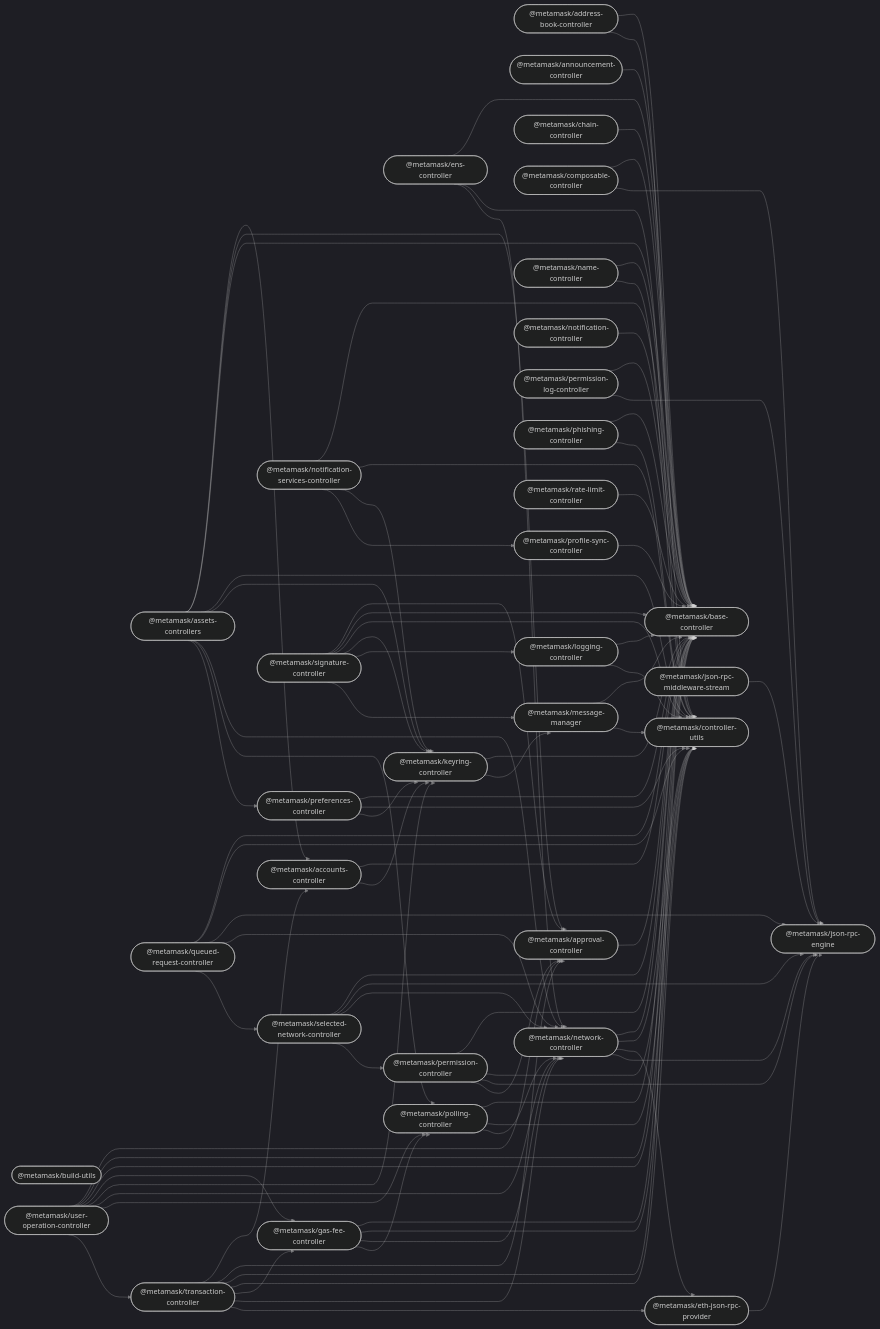
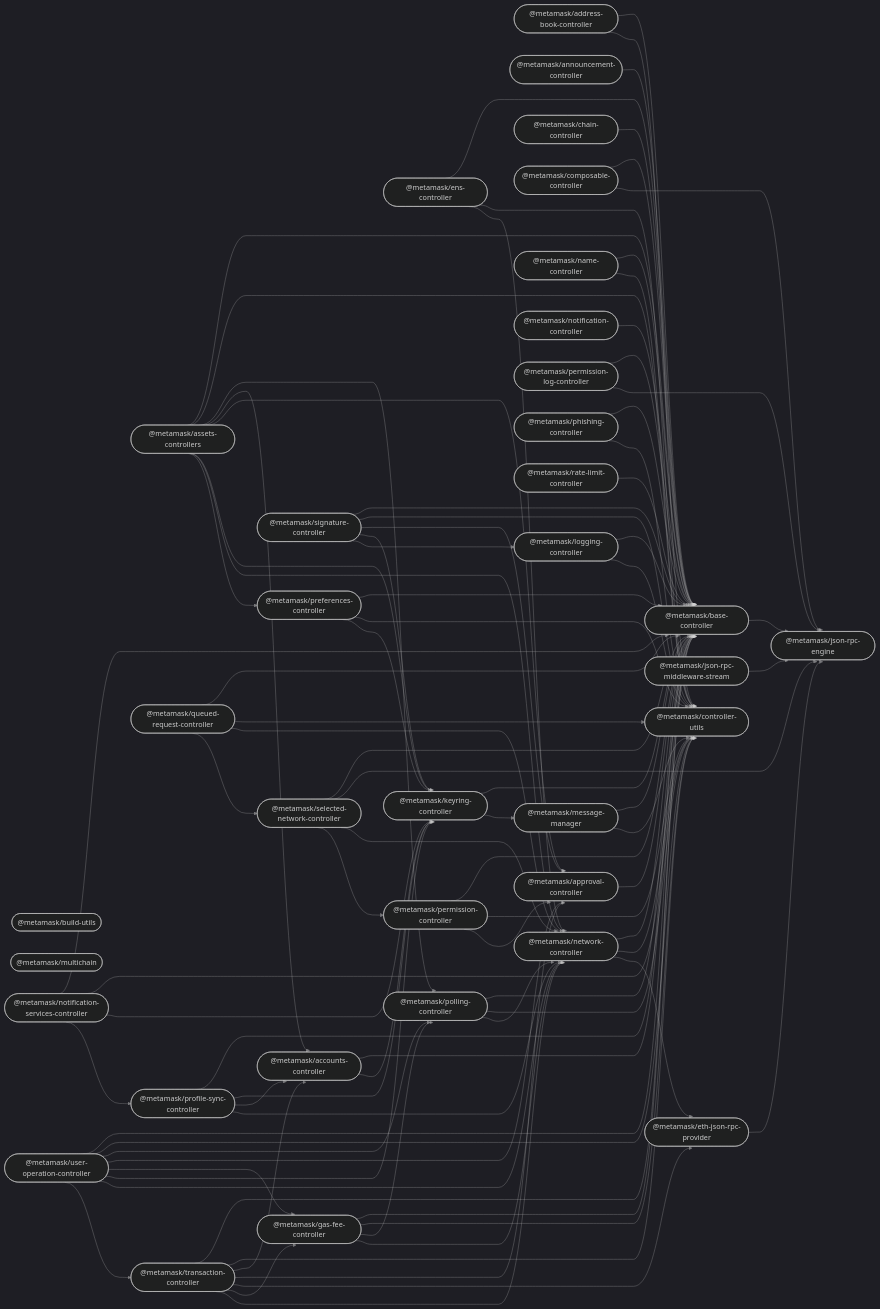
Before and after one commit to MetaMask/core: the diagram in README.md, drawn with Mermaid (dark theme). The commit also changed other lines of this file and 13 other files, not shown here.

````diff
--- a/README.md
+++ b/README.md
@@ -71,6 +72,7 @@
   keyring_controller(["@metamask/keyring-controller"]);
   logging_controller(["@metamask/logging-controller"]);
   message_manager(["@metamask/message-manager"]);
+  multichain(["@metamask/multichain"]);
   name_controller(["@metamask/name-controller"]);
   network_controller(["@metamask/network-controller"]);
   notification_controller(["@metamask/notification-controller"]);
@@ -93,14 +95,15 @@
   address_book_controller --> controller_utils;
   announcement_controller --> base_controller;
   approval_controller --> base_controller;
+  assets_controllers --> base_controller;
+  assets_controllers --> controller_utils;
+  assets_controllers --> polling_controller;
   assets_controllers --> accounts_controller;
   assets_controllers --> approval_controller;
-  assets_controllers --> base_controller;
-  assets_controllers --> controller_utils;
   assets_controllers --> keyring_controller;
   assets_controllers --> network_controller;
-  assets_controllers --> polling_controller;
   assets_controllers --> preferences_controller;
+  base_controller --> json_rpc_engine;
   chain_controller --> base_controller;
   composable_controller --> base_controller;
   composable_controller --> json_rpc_engine;
@@ -110,8 +113,8 @@
   eth_json_rpc_provider --> json_rpc_engine;
   gas_fee_controller --> base_controller;
   gas_fee_controller --> controller_utils;
+  gas_fee_controller --> polling_controller;
   gas_fee_controller --> network_controller;
-  gas_fee_controller --> polling_controller;
   json_rpc_middleware_stream --> json_rpc_engine;
   keyring_controller --> base_controller;
   keyring_controller --> message_manager;
@@ -124,7 +127,6 @@
   network_controller --> base_controller;
   network_controller --> controller_utils;
   network_controller --> eth_json_rpc_provider;
-  network_controller --> json_rpc_engine;
   notification_controller --> base_controller;
   notification_services_controller --> base_controller;
   notification_services_controller --> controller_utils;
@@ -132,7 +134,6 @@
   notification_services_controller --> profile_sync_controller;
   permission_controller --> base_controller;
   permission_controller --> controller_utils;
-  permission_controller --> json_rpc_engine;
   permission_controller --> approval_controller;
   permission_log_controller --> base_controller;
   permission_log_controller --> json_rpc_engine;
@@ -145,9 +146,11 @@
   preferences_controller --> controller_utils;
   preferences_controller --> keyring_controller;
   profile_sync_controller --> base_controller;
+  profile_sync_controller --> keyring_controller;
+  profile_sync_controller --> accounts_controller;
+  profile_sync_controller --> network_controller;
   queued_request_controller --> base_controller;
   queued_request_controller --> controller_utils;
-  queued_request_controller --> json_rpc_engine;
   queued_request_controller --> network_controller;
   queued_request_controller --> selected_network_controller;
   rate_limit_controller --> base_controller;
@@ -155,25 +158,24 @@
   selected_network_controller --> json_rpc_engine;
   selected_network_controller --> network_controller;
   selected_network_controller --> permission_controller;
-  signature_controller --> approval_controller;
   signature_controller --> base_controller;
   signature_controller --> controller_utils;
+  signature_controller --> approval_controller;
   signature_controller --> keyring_controller;
   signature_controller --> logging_controller;
-  signature_controller --> message_manager;
+  transaction_controller --> base_controller;
+  transaction_controller --> controller_utils;
   transaction_controller --> accounts_controller;
   transaction_controller --> approval_controller;
-  transaction_controller --> base_controller;
-  transaction_controller --> controller_utils;
+  transaction_controller --> eth_json_rpc_provider;
   transaction_controller --> gas_fee_controller;
   transaction_controller --> network_controller;
-  transaction_controller --> eth_json_rpc_provider;
-  user_operation_controller --> approval_controller;
   user_operation_controller --> base_controller;
   user_operation_controller --> controller_utils;
+  user_operation_controller --> polling_controller;
+  user_operation_controller --> approval_controller;
   user_operation_controller --> gas_fee_controller;
   user_operation_controller --> keyring_controller;
   user_operation_controller --> network_controller;
-  user_operation_controller --> polling_controller;
   user_operation_controller --> transaction_controller;
 ```
````
